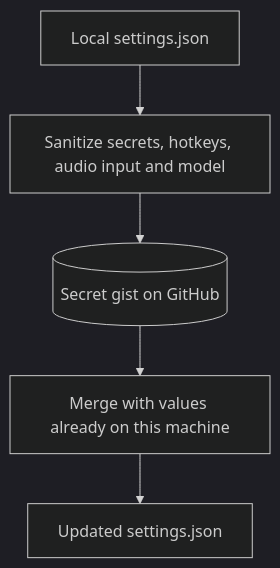
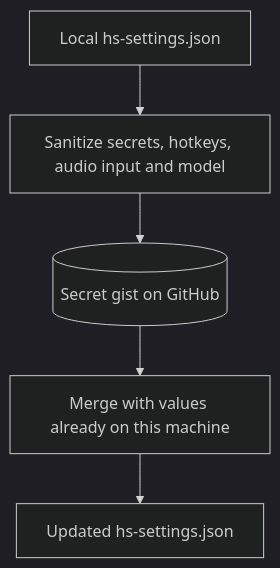
Before and after one commit to callmeteus/hex-sync: the diagram in README.md, drawn with Mermaid (dark theme). The commit also changed other lines of this file and 4 other files, not shown here.

First line of the commit message:
refactor: rename CLI to hex-sync, use hs-settings.json beside gist ID

````diff
--- a/README.md
+++ b/README.md
@@ -51,7 +51,7 @@
 ```mermaid
 flowchart TD
-    L[Local settings.json] --> S[Sanitize secrets, hotkeys, audio input and model]
+    L[Local hs-settings.json] --> S[Sanitize secrets, hotkeys, audio input and model]
     S --> G[(Secret gist on GitHub)]
     G --> M[Merge with values already on this machine]
-    M --> R[Updated settings.json]
+    M --> R[Updated hs-settings.json]
 ```
````
